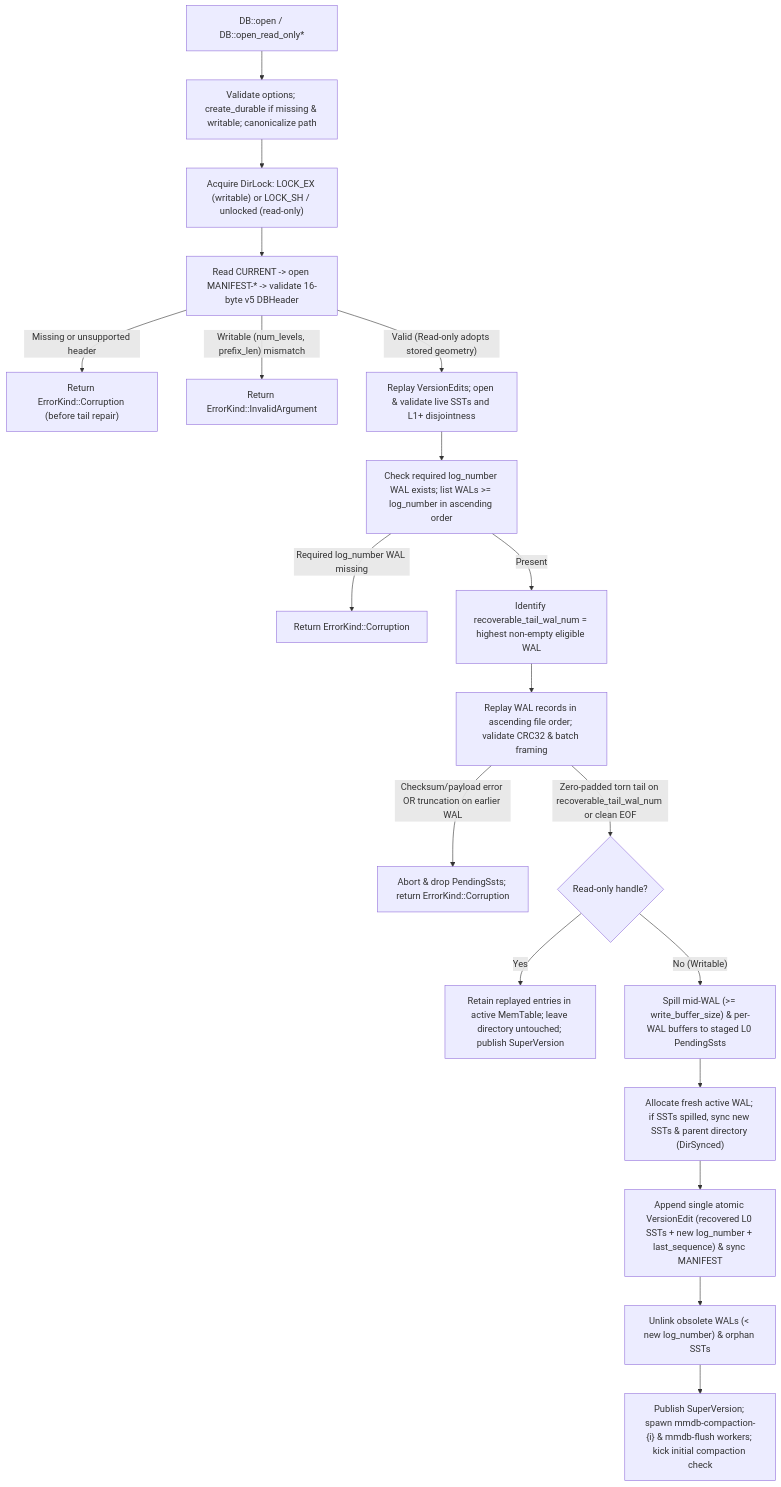
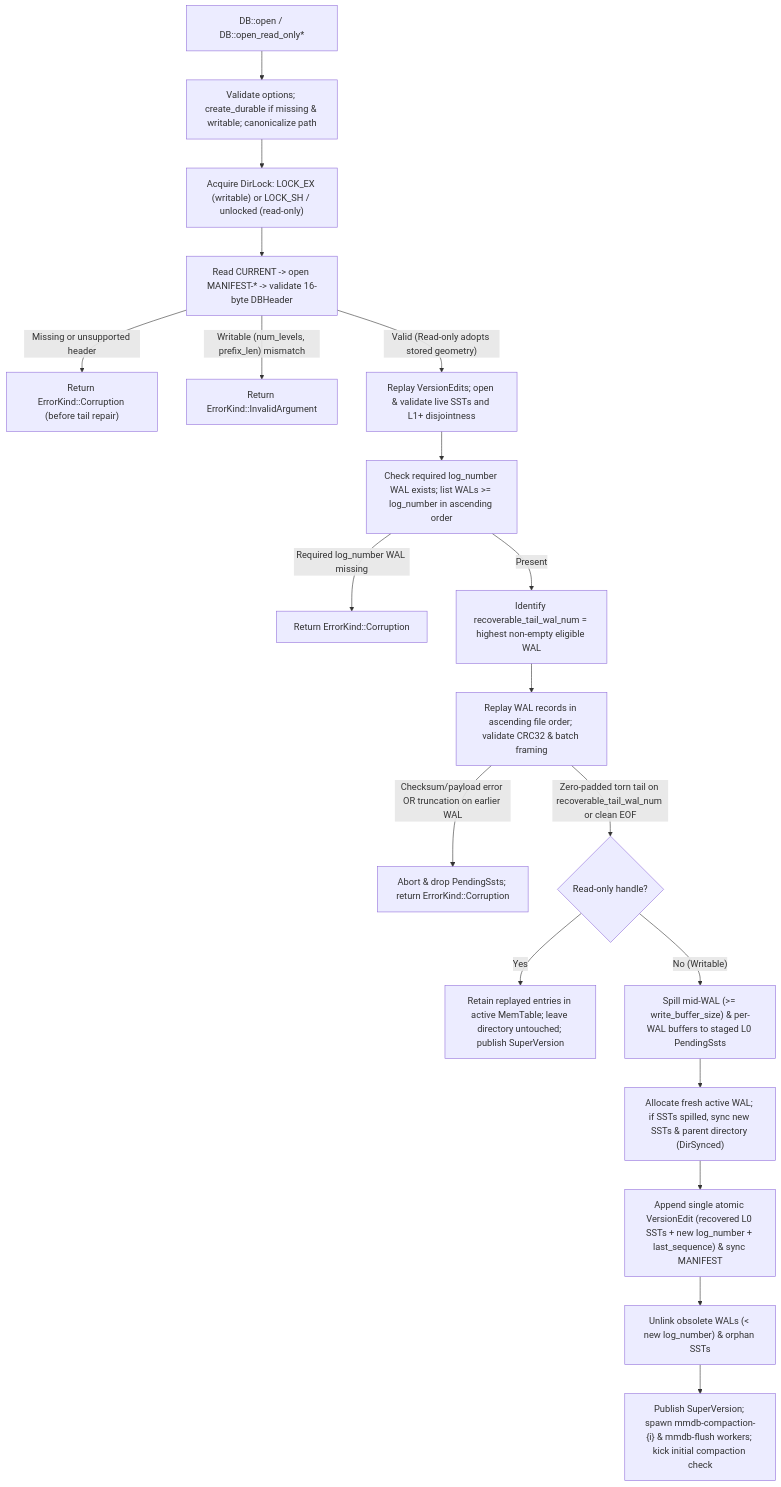
The sixth of 9 diagrams in docs/architecture.md (rust-util-collections/mmdb), drawn with Mermaid before and after one commit. The commit also changed other lines of this file and 10 other files, not shown here.

````diff
--- a/docs/architecture.md
+++ b/docs/architecture.md
@@ -414,23 +414,23 @@
 ```mermaid
 flowchart TD
     O1["DB::open / DB::open_read_only*"] --> O2["Validate options; create_durable if missing & writable; canonicalize path"]
     O2 --> O3["Acquire DirLock: LOCK_EX (writable) or LOCK_SH / unlocked (read-only)"]
-    O3 --> O4["Read CURRENT -> open MANIFEST-* -> validate 16-byte v5 DBHeader"]
+    O3 --> O4["Read CURRENT -> open MANIFEST-* -> validate 16-byte DBHeader"]
     O4 -- "Missing or unsupported header" --> CORR1["Return ErrorKind::Corruption (before tail repair)"]
     O4 -- "Writable (num_levels, prefix_len) mismatch" --> INV["Return ErrorKind::InvalidArgument"]
     O4 -- "Valid (Read-only adopts stored geometry)" --> O5["Replay VersionEdits; open & validate live SSTs and L1+ disjointness"]
 
     O5 --> O6["Check required log_number WAL exists; list WALs >= log_number in ascending order"]
     O6 -- "Required log_number WAL missing" --> CORR2["Return ErrorKind::Corruption"]
     O6 -- "Present" --> O7["Identify recoverable_tail_wal_num = highest non-empty eligible WAL"]
     O7 --> O8["Replay WAL records in ascending file order; validate CRC32 & batch framing"]
     O8 -- "Checksum/payload error OR truncation on earlier WAL" --> CORR3["Abort & drop PendingSsts; return ErrorKind::Corruption"]
     O8 -- "Zero-padded torn tail on recoverable_tail_wal_num or clean EOF" --> O9{"Read-only handle?"}
 
     O9 -- "Yes" --> RO["Retain replayed entries in active MemTable; leave directory untouched; publish SuperVersion"]
     O9 -- "No (Writable)" --> WR1["Spill mid-WAL (>= write_buffer_size) & per-WAL buffers to staged L0 PendingSsts"]
     WR1 --> WR2["Allocate fresh active WAL; if SSTs spilled, sync new SSTs & parent directory (DirSynced)"]
     WR2 --> WR3["Append single atomic VersionEdit (recovered L0 SSTs + new log_number + last_sequence) & sync MANIFEST"]
     WR3 --> WR4["Unlink obsolete WALs (< new log_number) & orphan SSTs"]
     WR4 --> WR5["Publish SuperVersion; spawn mmdb-compaction-{i} & mmdb-flush workers; kick initial compaction check"]
 ```
````
